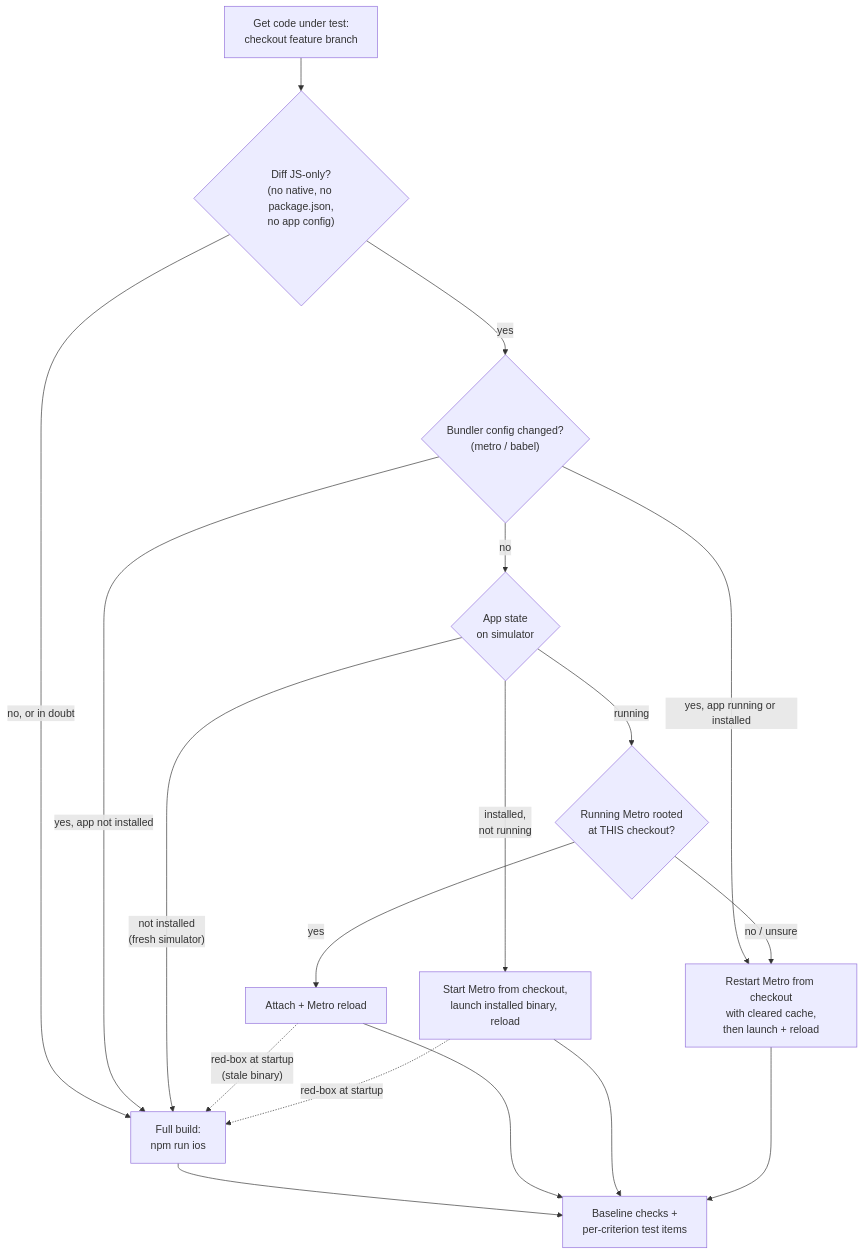
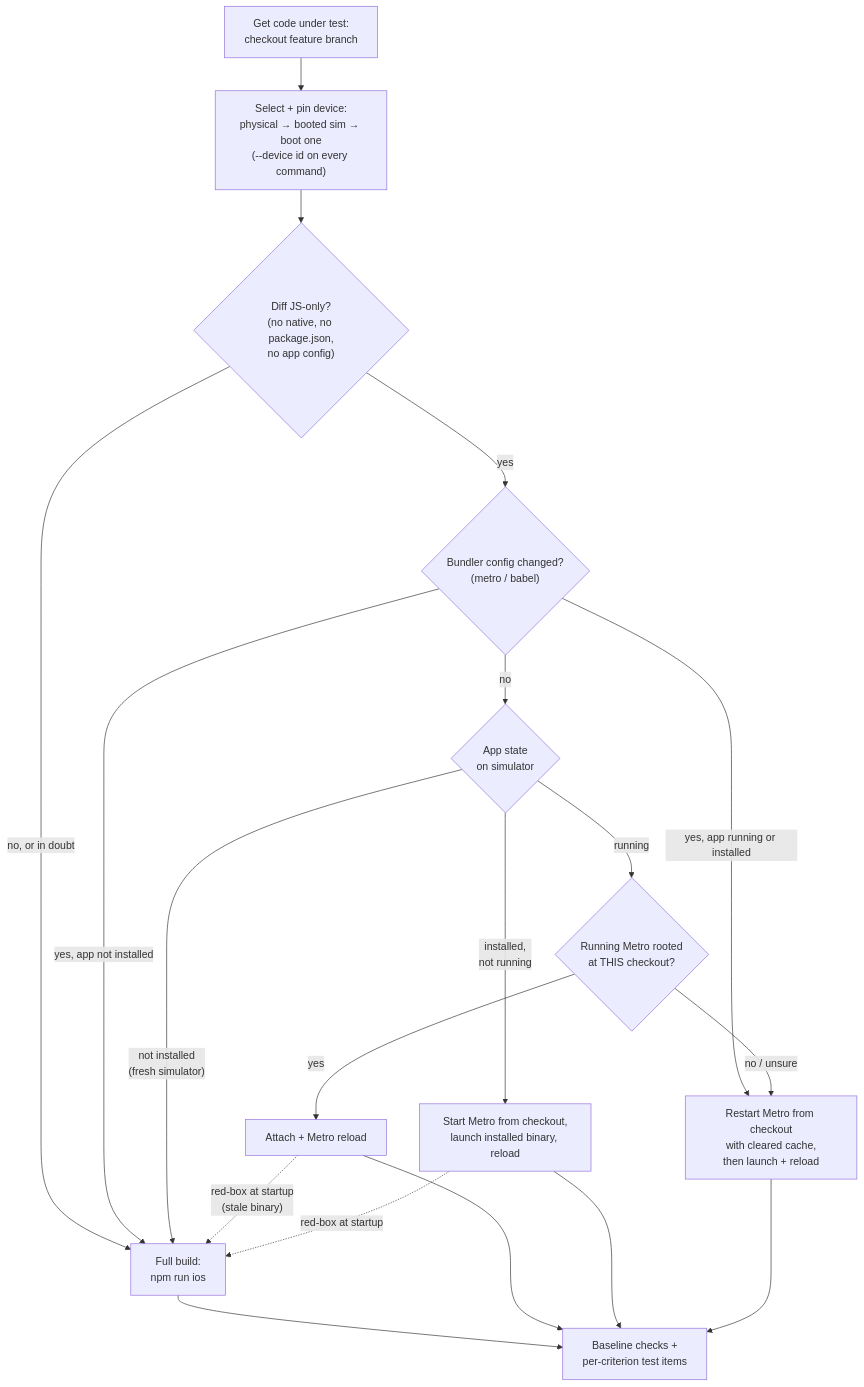
One commit to timothyrusso/ai-travel-planner-app changed the second of 2 diagrams in wiki/docs/AGENTIC_WORKFLOW.md. Above: the diagram before and after it, drawn with Mermaid. The commit also changed other lines of this file and 1 other file, not shown here.

First line of the commit message:
feat(427): add device-selection precedence to qa-engineer

````diff
--- a/wiki/docs/AGENTIC_WORKFLOW.md
+++ b/wiki/docs/AGENTIC_WORKFLOW.md
@@ -193,20 +195,21 @@
 ```mermaid
 flowchart TD
-    START["Get code under test:<br/>checkout feature branch"] --> JS{"Diff JS-only?<br/>(no native, no package.json,<br/>no app config)"}
+    START["Get code under test:<br/>checkout feature branch"] --> SELECT["Select + pin device:<br/>physical → booted sim → boot one<br/>(--device id on every command)"]
+    SELECT --> JS{"Diff JS-only?<br/>(no native, no package.json,<br/>no app config)"}
     JS -->|"no, or in doubt"| FULL["Full build:<br/>npm run ios"]
     JS -->|"yes"| BC{"Bundler config changed?<br/>(metro / babel)"}
     BC -->|"yes, app running or installed"| RESTART["Restart Metro from checkout<br/>with cleared cache,<br/>then launch + reload"]
     BC -->|"yes, app not installed"| FULL
     BC -->|"no"| STATE{"App state<br/>on simulator"}
     STATE -->|"running"| ROOT{"Running Metro rooted<br/>at THIS checkout?"}
     ROOT -->|"yes"| ATTACH["Attach + Metro reload"]
     ROOT -->|"no / unsure"| RESTART
     STATE -->|"installed,<br/>not running"| LAUNCH["Start Metro from checkout,<br/>launch installed binary, reload"]
     STATE -->|"not installed<br/>(fresh simulator)"| FULL
     FULL --> TEST["Baseline checks +<br/>per-criterion test items"]
     ATTACH --> TEST
     LAUNCH --> TEST
     RESTART --> TEST
     ATTACH -.->|"red-box at startup<br/>(stale binary)"| FULL
     LAUNCH -.->|"red-box at startup"| FULL
 ```
````
